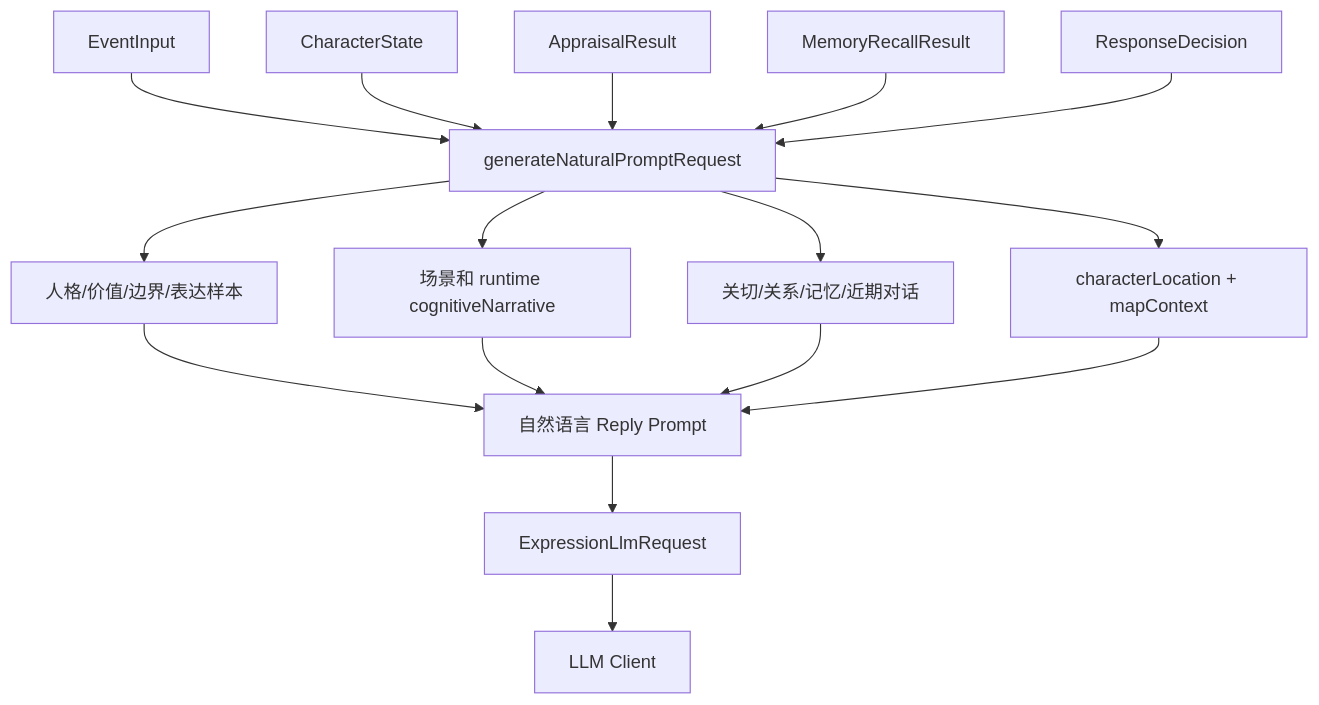
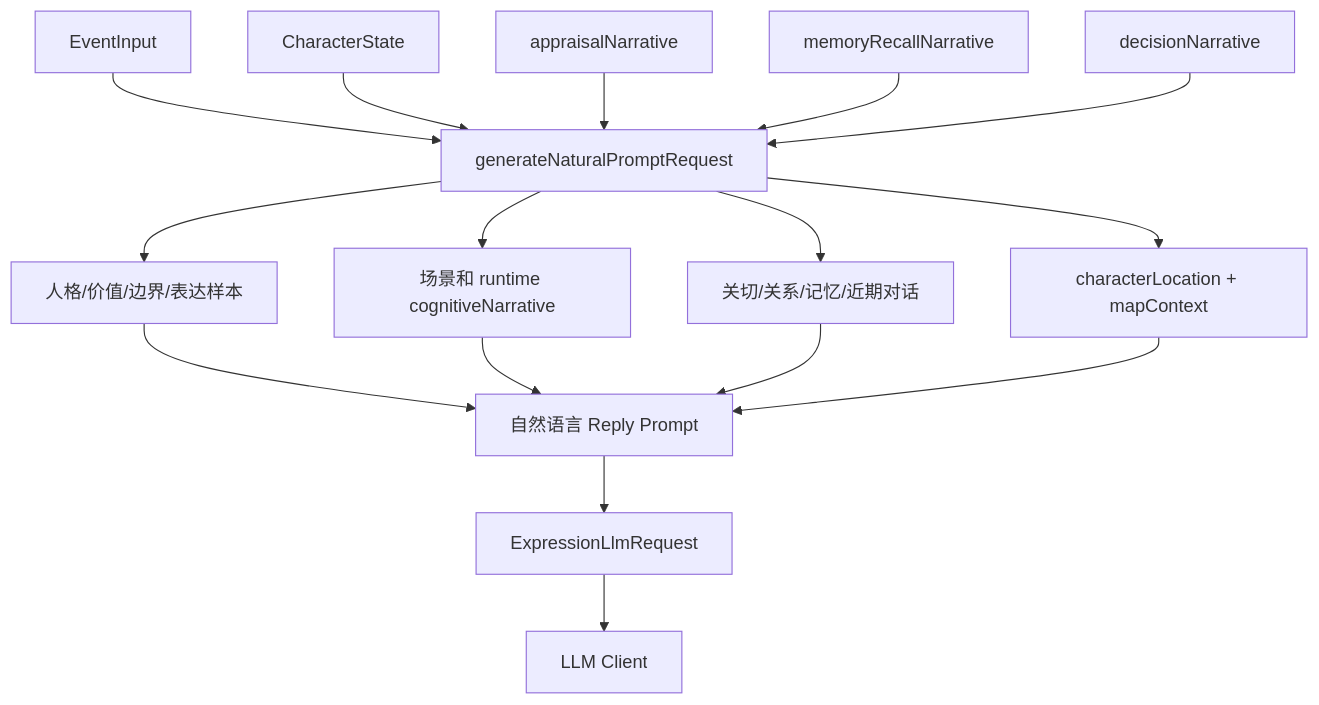
One commit to ttmanthatman/virtual-human-flow changed diagram 19 of 31 in docs/SYSTEM_FLOW.md. Above: the diagram before and after it, drawn with Mermaid. The commit also changed 5 other files, not shown here.

````diff
--- a/docs/SYSTEM_FLOW.md
+++ b/docs/SYSTEM_FLOW.md
@@ -478,18 +478,18 @@
 ```mermaid
 flowchart TD
     E["EventInput"] --> PG["generateNaturalPromptRequest"]
     S["CharacterState"] --> PG
-    A["AppraisalResult"] --> PG
-    M["MemoryRecallResult"] --> PG
-    D["ResponseDecision"] --> PG
+    A["appraisalNarrative"] --> PG
+    M["memoryRecallNarrative"] --> PG
+    D["decisionNarrative"] --> PG
     PG --> P1["人格/价值/边界/表达样本"]
     PG --> P2["场景和 runtime cognitiveNarrative"]
     PG --> P3["关切/关系/记忆/近期对话"]
     PG --> P4["characterLocation + mapContext"]
     P1 --> PROMPT["自然语言 Reply Prompt"]
     P2 --> PROMPT
     P3 --> PROMPT
     P4 --> PROMPT
     PROMPT --> REQ["ExpressionLlmRequest"]
     REQ --> LLM["LLM Client"]
 ```
````
